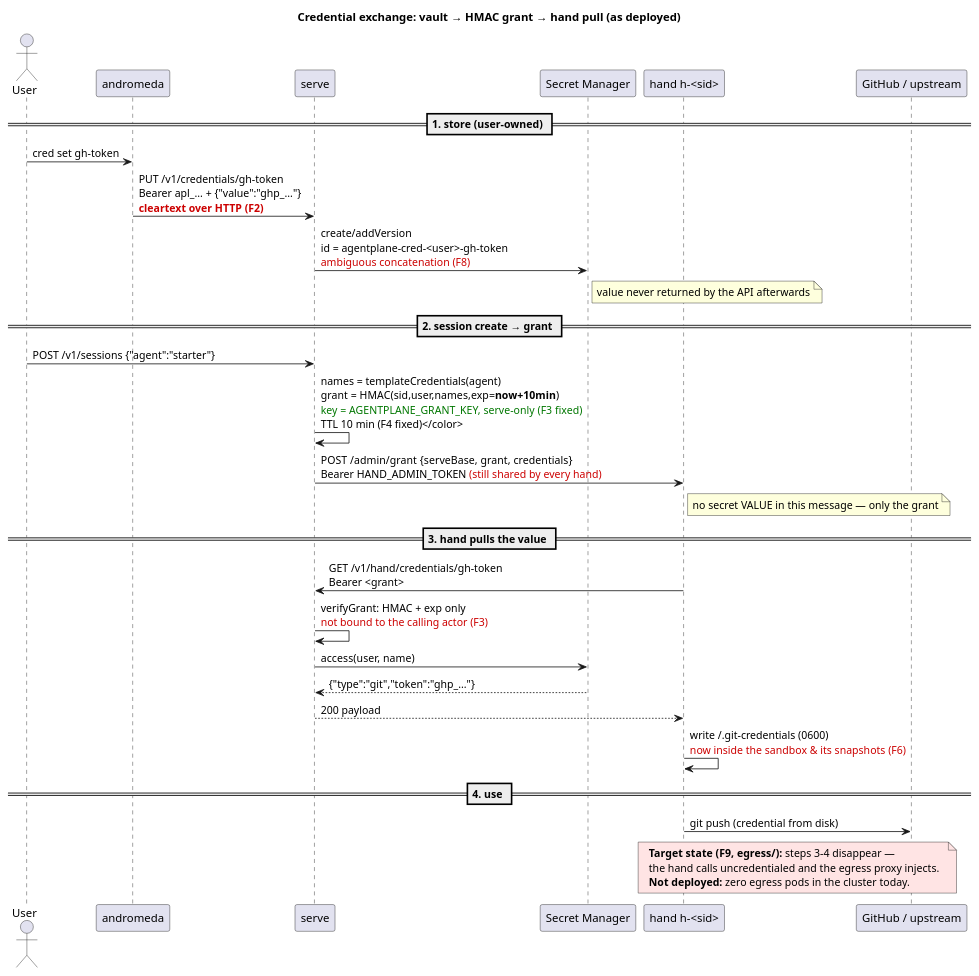
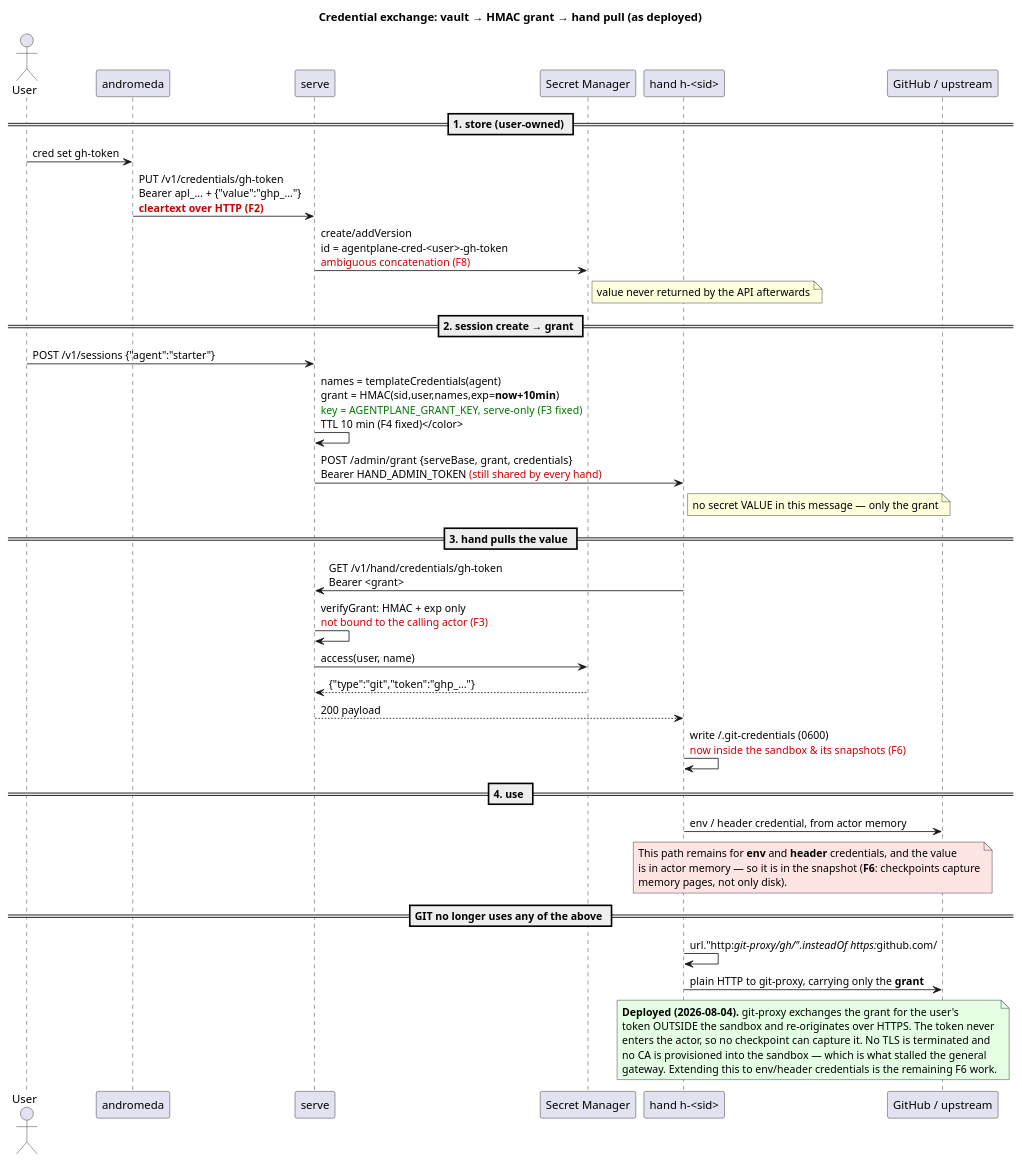
The diagram in agentplane/docs/threat-model/seq-vault-grant.puml (agents-community/supercluster), drawn with PlantUML before and after one commit. The commit also changed 3 other files, not shown here.

```diff
--- a/agentplane/docs/threat-model/seq-vault-grant.puml
+++ b/agentplane/docs/threat-model/seq-vault-grant.puml
@@ -1,38 +1,49 @@
 @startuml seq-vault-grant
 title Credential exchange: vault → HMAC grant → hand pull (as deployed)
 
 actor User
 participant "andromeda" as tui
 participant "serve" as serve
 participant "Secret Manager" as sm
 participant "hand h-<sid>" as hand
 participant "GitHub / upstream" as ext
 
 == 1. store (user-owned) ==
 User -> tui : cred set gh-token
 tui -> serve : PUT /v1/credentials/gh-token\nBearer apl_… + {"value":"ghp_…"}\n<color:#CC0000><b>cleartext over HTTP (F2)</b></color>
 serve -> sm : create/addVersion\nid = agentplane-cred-<user>-gh-token\n<color:#CC0000>ambiguous concatenation (F8)</color>
 note right of sm : value never returned by the API afterwards
 
 == 2. session create → grant ==
 User -> serve : POST /v1/sessions {"agent":"starter"}
 serve -> serve : names = templateCredentials(agent)\ngrant = HMAC(sid,user,names,exp=<b>now+10min</b>)\n<color:#007700>key = AGENTPLANE_GRANT_KEY, serve-only (F3 fixed)\nTTL 10 min (F4 fixed)</color>
 serve -> hand : POST /admin/grant  {serveBase, grant, credentials}\nBearer HAND_ADMIN_TOKEN <color:#CC0000>(still shared by every hand)</color>
 note right of hand : no secret VALUE in this message — only the grant
 
 == 3. hand pulls the value ==
 hand -> serve : GET /v1/hand/credentials/gh-token\nBearer <grant>
 serve -> serve : verifyGrant: HMAC + exp only\n<color:#CC0000>not bound to the calling actor (F3)</color>
 serve -> sm : access(user, name)
 sm --> serve : {"type":"git","token":"ghp_…"}
 serve --> hand : 200 payload
 hand -> hand : write ~/.git-credentials (0600)\n<color:#CC0000>now inside the sandbox & its snapshots (F6)</color>
 
 == 4. use ==
-hand -> ext : git push (credential from disk)
+hand -> ext : env / header credential, from actor memory
 note over hand, ext #FFE4E4
-  <b>Target state (F9, egress/):</b> steps 3-4 disappear —
-  the hand calls uncredentialed and the egress proxy injects.
-  <b>Not deployed:</b> zero egress pods in the cluster today.
+  This path remains for <b>env</b> and <b>header</b> credentials, and the value
+  is in actor memory — so it is in the snapshot (<b>F6</b>: checkpoints capture
+  memory pages, not only disk).
+end note
+
+== GIT no longer uses any of the above ==
+hand -> hand : url."http://git-proxy/gh/".insteadOf https://github.com/
+hand -> ext : plain HTTP to git-proxy, carrying only the <b>grant</b>
+note over hand, ext #E4FFE4
+  <b>Deployed (2026-08-04).</b> git-proxy exchanges the grant for the user's
+  token OUTSIDE the sandbox and re-originates over HTTPS. The token never
+  enters the actor, so no checkpoint can capture it. No TLS is terminated and
+  no CA is provisioned into the sandbox — which is what stalled the general
+  gateway. Extending this to env/header credentials is the remaining F6 work.
 end note
 @enduml
```
